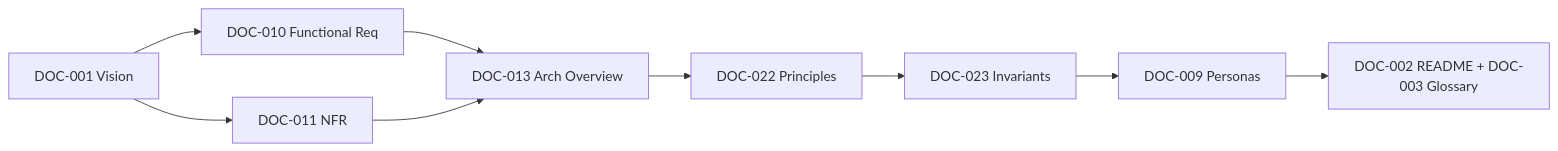
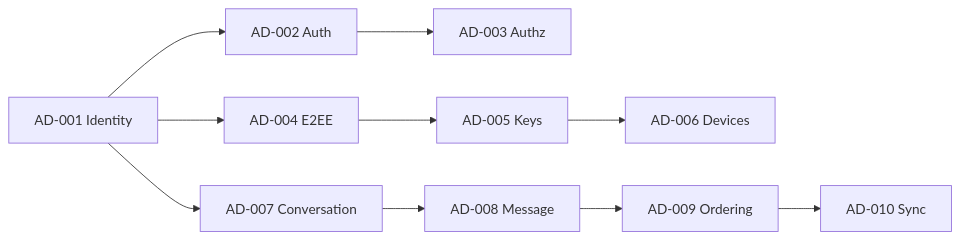
The diagram in docs/reviews/REVIEW-INDEX.md (mohamedAbdelhamed03/ChatSolution), drawn with Mermaid before and after one commit. The commit also changed other lines of this file and 18 other files, not shown here.

Commit message:
docs(architecture): add architecture decision wave 1 and refresh review package

````diff
--- a/docs/reviews/REVIEW-INDEX.md
+++ b/docs/reviews/REVIEW-INDEX.md
@@ -36,11 +45,12 @@
 ```mermaid
 flowchart LR
-    A[DOC-001 Vision] --> B[DOC-010 Functional Req]
-    A --> C[DOC-011 NFR]
-    B --> D[DOC-013 Arch Overview]
-    C --> D
-    D --> E[DOC-022 Principles]
-    E --> F[DOC-023 Invariants]
-    F --> G[DOC-009 Personas]
-    G --> H[DOC-002 README + DOC-003 Glossary]
+    A[AD-001 Identity] --> B[AD-002 Auth]
+    B --> C[AD-003 Authz]
+    A --> D[AD-004 E2EE]
+    D --> E[AD-005 Keys]
+    E --> F[AD-006 Devices]
+    A --> G[AD-007 Conversation]
+    G --> H[AD-008 Message]
+    H --> I[AD-009 Ordering]
+    I --> J[AD-010 Sync]
 ```
````
